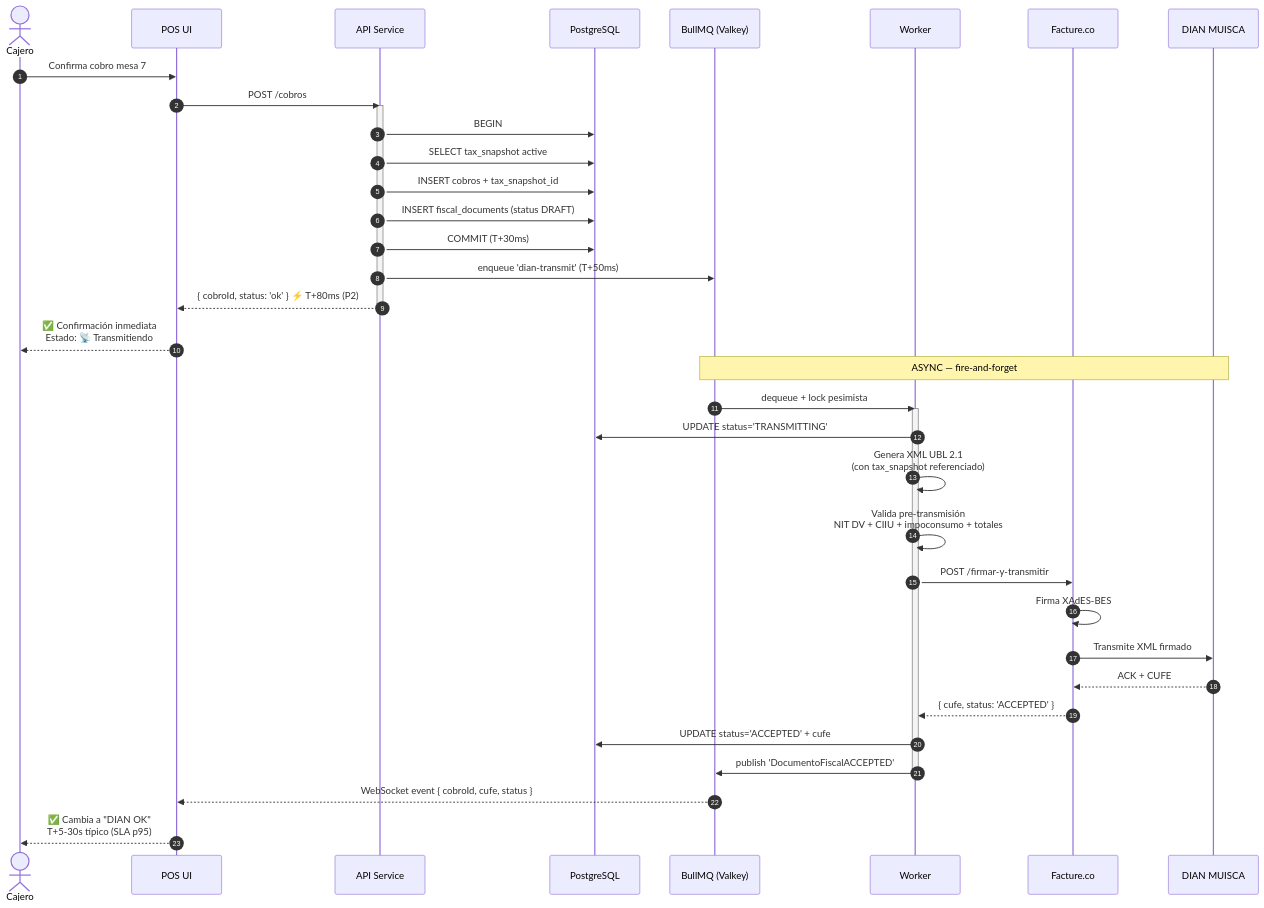
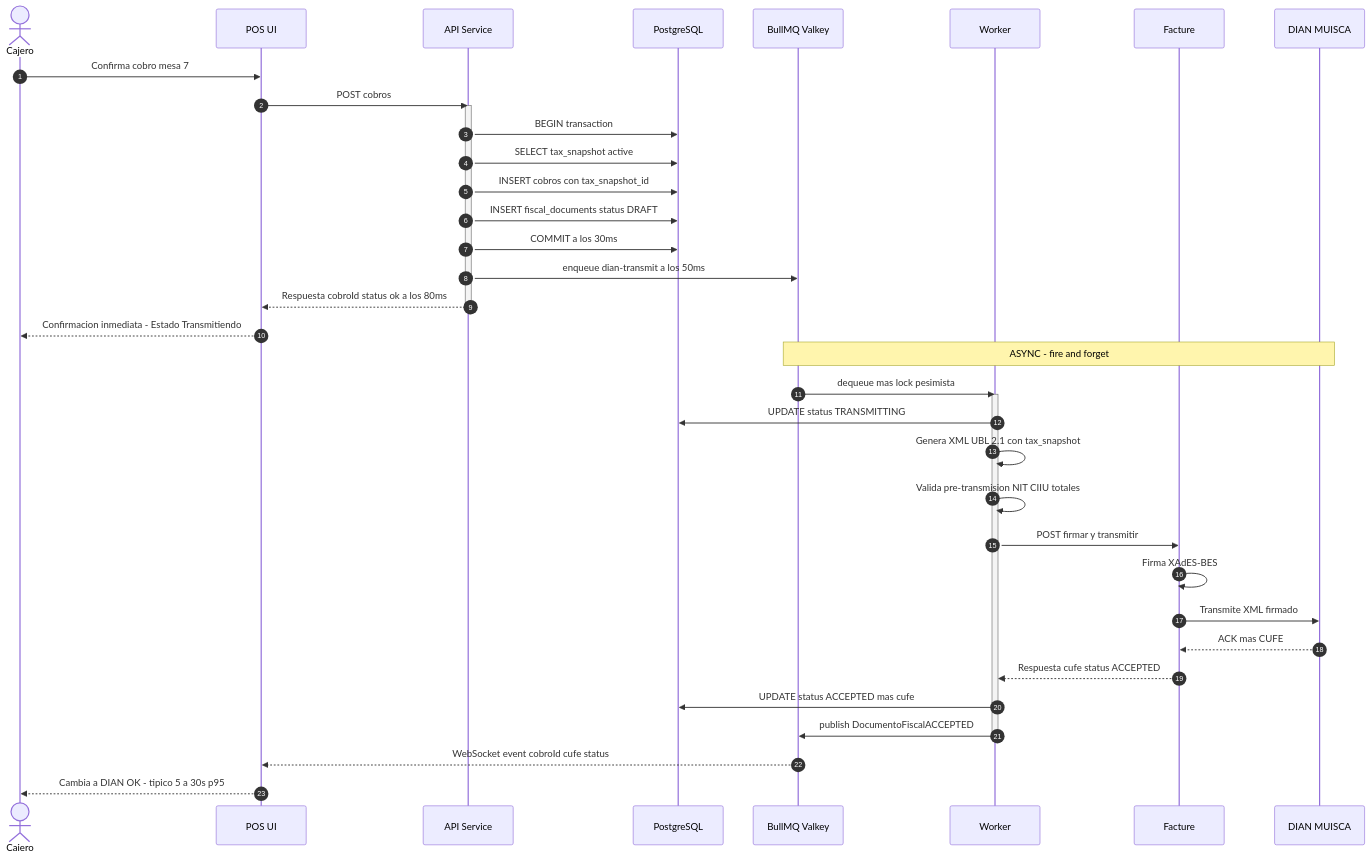
One commit to ValentinaX63/c2 changed the sixth of 25 diagrams in Estación 2/specs/arquitectura-diagrama.md. Above: the diagram before and after it, drawn with Mermaid. The commit also changed other lines of this file, not shown here.

First line of the commit message:
fix(diagramas): corregir sintaxis Mermaid en 3 sequence diagrams + 1 state machine

````diff
--- a/Estación 2/specs/arquitectura-diagrama.md
+++ b/Estación 2/specs/arquitectura-diagrama.md
@@ -450,50 +450,50 @@
 ```mermaid
 sequenceDiagram
     autonumber
     actor C as Cajero
     participant UI as POS UI
     participant API as API Service
     participant PG as PostgreSQL
-    participant BMQ as BullMQ (Valkey)
+    participant BMQ as BullMQ Valkey
     participant W as Worker
-    participant FAC as Facture.co
+    participant FAC as Facture
     participant DIAN as DIAN MUISCA
 
     C->>UI: Confirma cobro mesa 7
-    UI->>API: POST /cobros
+    UI->>API: POST cobros
     activate API
 
-    API->>PG: BEGIN
+    API->>PG: BEGIN transaction
     API->>PG: SELECT tax_snapshot active
-    API->>PG: INSERT cobros + tax_snapshot_id
-    API->>PG: INSERT fiscal_documents (status DRAFT)
-    API->>PG: COMMIT (T+30ms)
+    API->>PG: INSERT cobros con tax_snapshot_id
+    API->>PG: INSERT fiscal_documents status DRAFT
+    API->>PG: COMMIT a los 30ms
 
-    API->>BMQ: enqueue 'dian-transmit' (T+50ms)
+    API->>BMQ: enqueue dian-transmit a los 50ms
 
-    API-->>UI: { cobroId, status: 'ok' } ⚡ T+80ms (P2)
+    API-->>UI: Respuesta cobroId status ok a los 80ms
     deactivate API
 
-    UI-->>C: ✅ Confirmación inmediata<br/>Estado: 📡 Transmitiendo
+    UI-->>C: Confirmacion inmediata - Estado Transmitiendo
 
-    Note over BMQ,DIAN: ASYNC — fire-and-forget
+    Note over BMQ,DIAN: ASYNC - fire and forget
 
-    BMQ->>W: dequeue + lock pesimista
+    BMQ->>W: dequeue mas lock pesimista
     activate W
-    W->>PG: UPDATE status='TRANSMITTING'
-    W->>W: Genera XML UBL 2.1<br/>(con tax_snapshot referenciado)
-    W->>W: Valida pre-transmisión<br/>NIT DV + CIIU + impoconsumo + totales
-    W->>FAC: POST /firmar-y-transmitir
+    W->>PG: UPDATE status TRANSMITTING
+    W->>W: Genera XML UBL 2.1 con tax_snapshot
+    W->>W: Valida pre-transmision NIT CIIU totales
+    W->>FAC: POST firmar y transmitir
 
     FAC->>FAC: Firma XAdES-BES
     FAC->>DIAN: Transmite XML firmado
-    DIAN-->>FAC: ACK + CUFE
-    FAC-->>W: { cufe, status: 'ACCEPTED' }
+    DIAN-->>FAC: ACK mas CUFE
+    FAC-->>W: Respuesta cufe status ACCEPTED
 
-    W->>PG: UPDATE status='ACCEPTED' + cufe
-    W->>BMQ: publish 'DocumentoFiscalACCEPTED'
+    W->>PG: UPDATE status ACCEPTED mas cufe
+    W->>BMQ: publish DocumentoFiscalACCEPTED
     deactivate W
 
-    BMQ-->>UI: WebSocket event { cobroId, cufe, status }
-    UI-->>C: ✅ Cambia a "DIAN OK"<br/>T+5-30s típico (SLA p95)
+    BMQ-->>UI: WebSocket event cobroId cufe status
+    UI-->>C: Cambia a DIAN OK - tipico 5 a 30s p95
 ```
````
